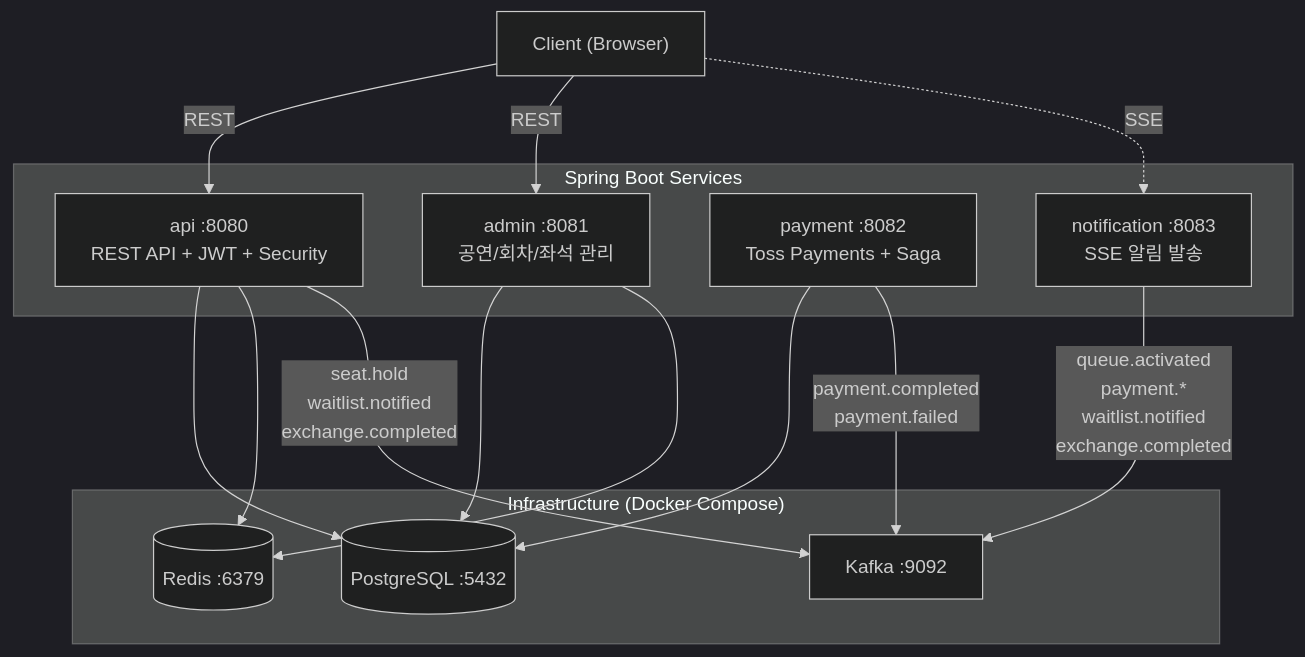
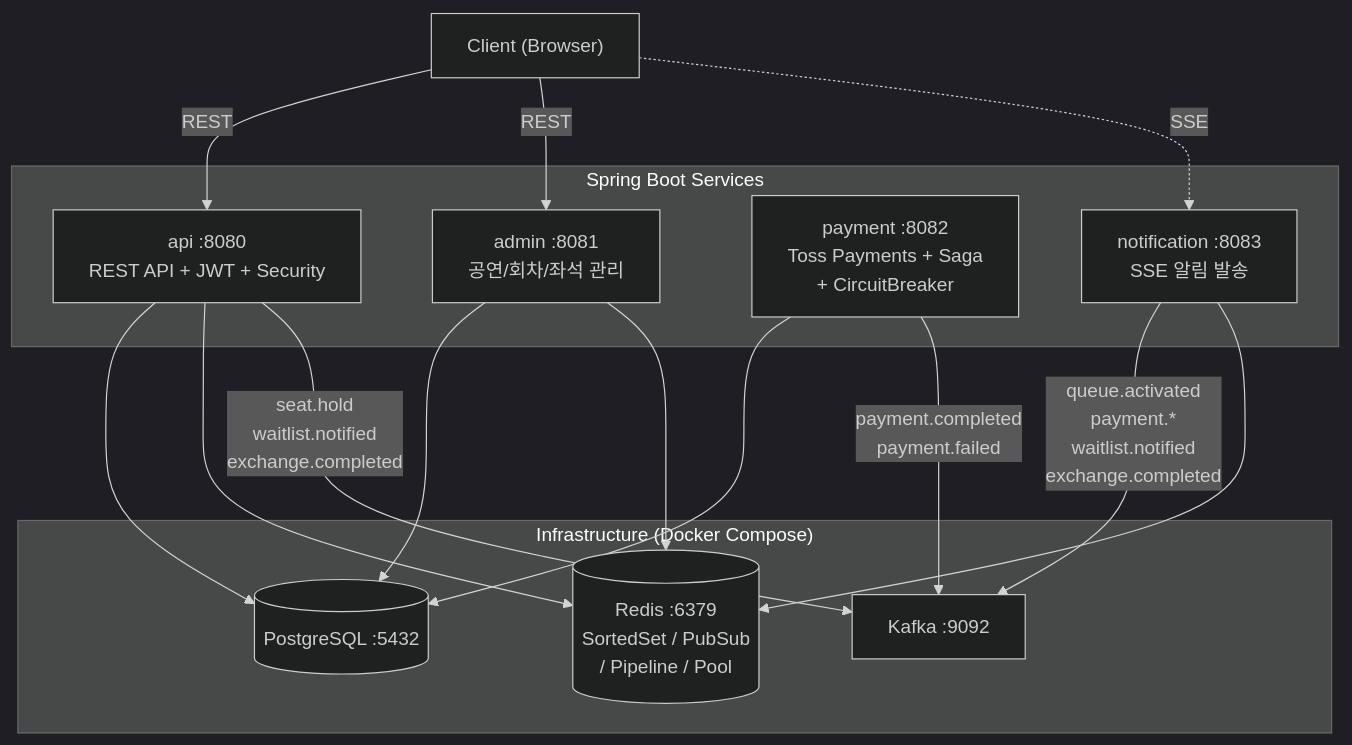
One commit to ingsso/stagepass changed the first of 2 diagrams in README.md. Above: the diagram before and after it, drawn with Mermaid (dark theme). The commit also changed other lines of this file, not shown here.

````diff
--- a/README.md
+++ b/README.md
@@ -90,33 +96,34 @@
 ```mermaid
 graph TB
     Client["Client (Browser)"]
 
     subgraph Services["Spring Boot Services"]
         API["api :8080\nREST API + JWT + Security"]
         Admin["admin :8081\n공연/회차/좌석 관리"]
-        Payment["payment :8082\nToss Payments + Saga"]
+        Payment["payment :8082\nToss Payments + Saga\n+ CircuitBreaker"]
         Notification["notification :8083\nSSE 알림 발송"]
     end
 
     subgraph Infra["Infrastructure (Docker Compose)"]
         PG[("PostgreSQL :5432")]
-        Redis[("Redis :6379")]
+        Redis[("Redis :6379\nSortedSet / PubSub\n/ Pipeline / Pool")]
         Kafka["Kafka :9092"]
     end
 
     Client -->|REST| API
     Client -->|REST| Admin
     Client -.->|SSE| Notification
 
     API --> PG
     API --> Redis
     API -->|seat.hold\nwaitlist.notified\nexchange.completed| Kafka
 
     Payment --> PG
     Payment -->|payment.completed\npayment.failed| Kafka
 
     Notification -->|queue.activated\npayment.*\nwaitlist.notified\nexchange.completed| Kafka
+    Notification --> Redis
 
     Admin --> PG
     Admin --> Redis
 ```
````
